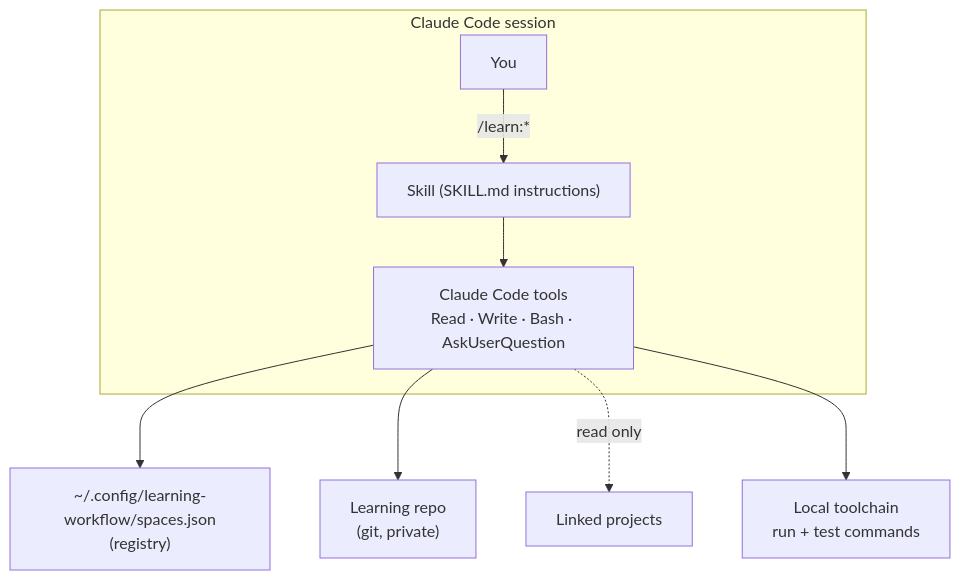
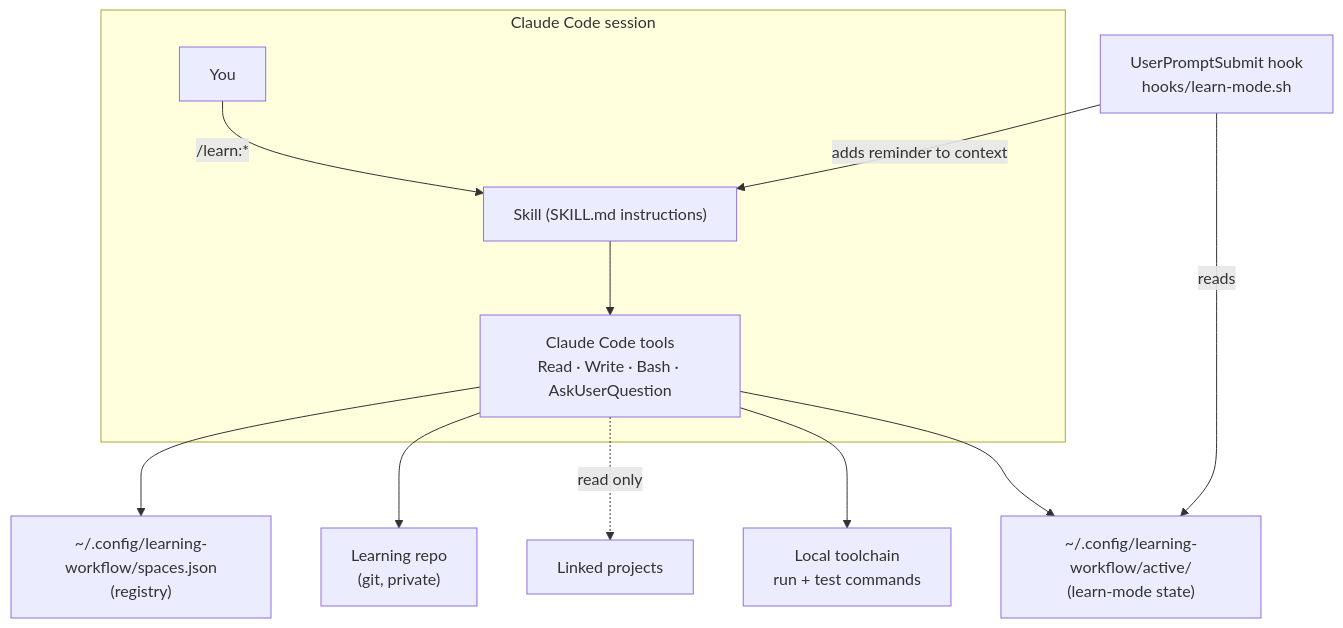
Before and after one commit to rafagomes/learning-workflow: the diagram in docs/ARCHITECTURE.md, drawn with Mermaid. The commit also changed other lines of this file and 9 other files, not shown here.

Commit message:
docs: document build mode across README, workflow, architecture, skills and FAQ

````diff
--- a/docs/ARCHITECTURE.md
+++ b/docs/ARCHITECTURE.md
@@ -5,11 +5,14 @@
 ```mermaid
 flowchart TB
     subgraph CC["Claude Code session"]
         U["You"] -->|/learn:*| SK["Skill (SKILL.md instructions)"]
         SK --> TOOLS["Claude Code tools<br/>Read · Write · Bash · AskUserQuestion"]
     end
     TOOLS --> REG["~/.config/learning-workflow/spaces.json<br/>(registry)"]
     TOOLS --> LR["Learning repo<br/>(git, private)"]
     TOOLS -. read only .-> PR["Linked projects"]
     TOOLS --> TC["Local toolchain<br/>run + test commands"]
+    TOOLS --> ACT["~/.config/learning-workflow/active/<br/>(learn-mode state)"]
+    HK["UserPromptSubmit hook<br/>hooks/learn-mode.sh"] -->|reads| ACT
+    HK -->|adds reminder to context| SK
 ```
````
